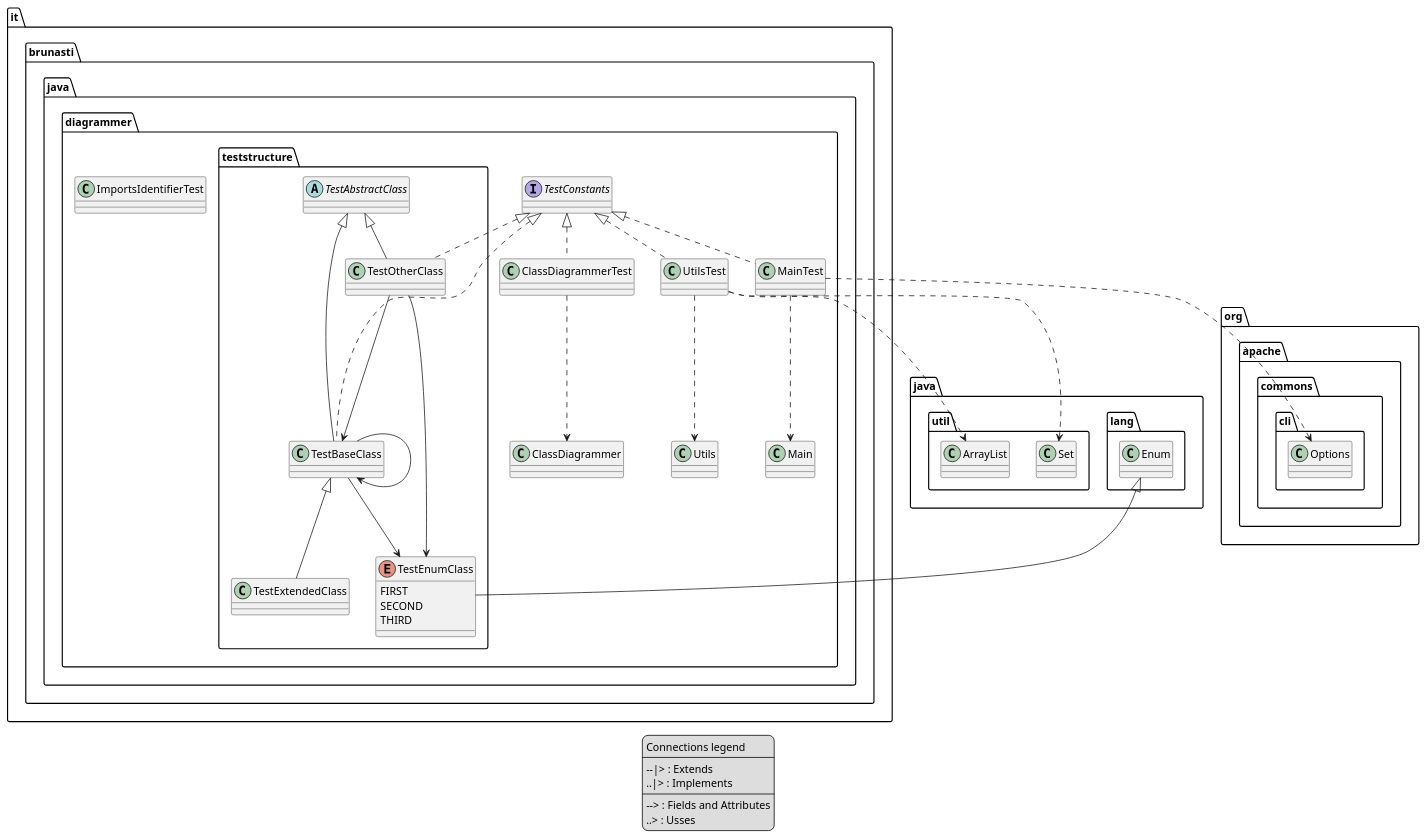
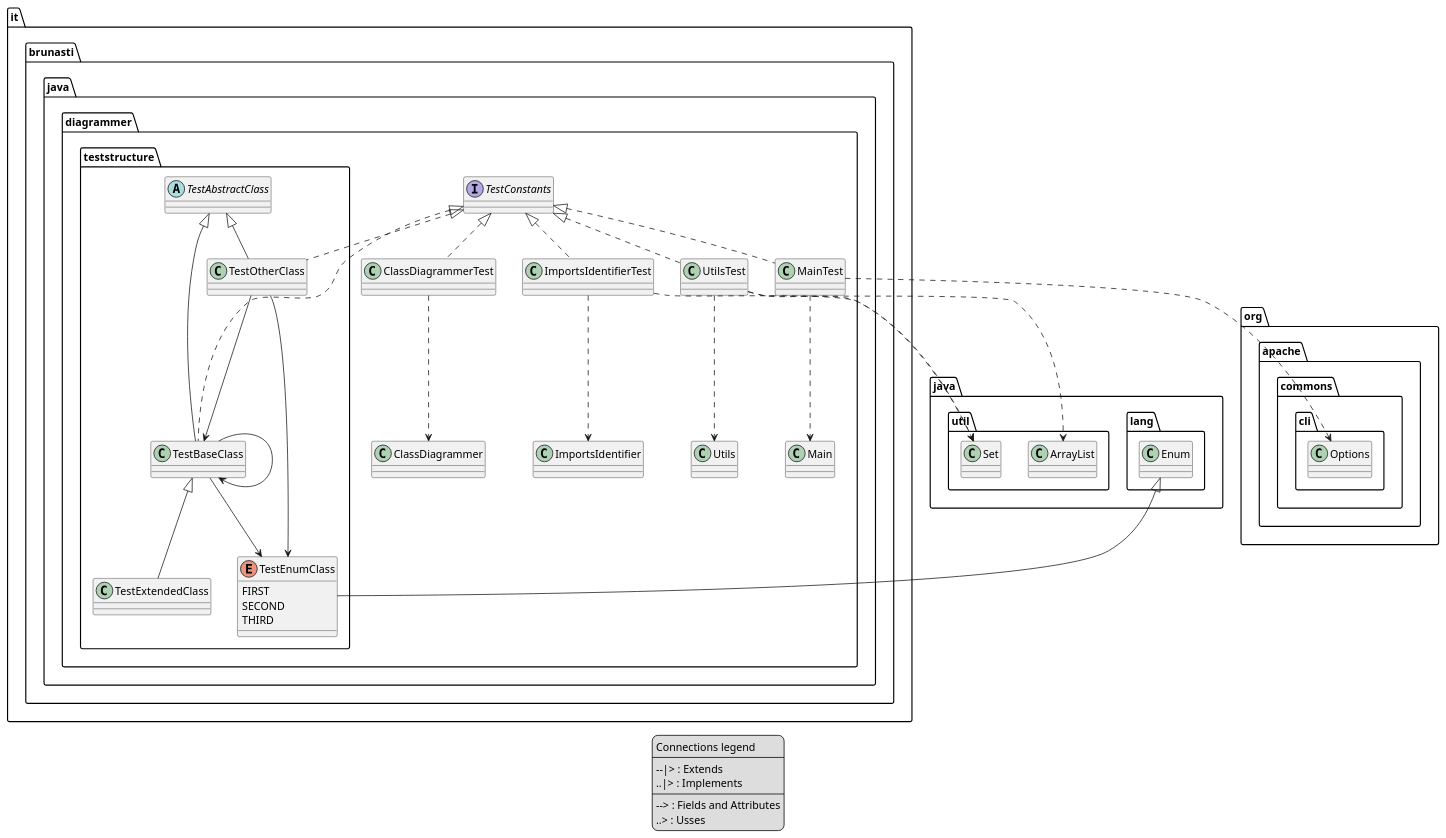
One commit to brunasti/java-diagrammer changed the diagram in temp/output-test.puml. Above: the diagram before and after it, drawn with PlantUML. The commit also changed 3 other files, not shown here.

Commit message:
Adds tests for ImportsIdentifier

```diff
--- a/temp/output-test.puml
+++ b/temp/output-test.puml
@@ -1,65 +1,71 @@
 @startuml
 'https://plantuml.com/class-diagram
 
 ' GENERATE CLASS DIAGRAM ===========
 ' Generator       : it.brunasti.java.diagrammer.ClassDiagrammer
 ' Path            : [./target/test-classes]
 ' Configuration   : []
-' Generated at    : Thu Mar 28 13:00:39 CET 2024
+' Generated at    : Thu Mar 28 13:42:48 CET 2024
 legend
 Connections legend
 ----
 --|> : Extends
 ..|> : Implements
 ----
 --> : Fields and Attributes
 ..> : Usses
 end legend
 
 
 
 ' CLASSES =======
 class it.brunasti.java.diagrammer.ClassDiagrammerTest
 class it.brunasti.java.diagrammer.UtilsTest
 interface it.brunasti.java.diagrammer.TestConstants
 class it.brunasti.java.diagrammer.ImportsIdentifierTest
 abstract it.brunasti.java.diagrammer.teststructure.TestAbstractClass
 class it.brunasti.java.diagrammer.teststructure.TestBaseClass
 enum it.brunasti.java.diagrammer.teststructure.TestEnumClass{
   FIRST
   SECOND
   THIRD
 }
 class it.brunasti.java.diagrammer.teststructure.TestExtendedClass
 class it.brunasti.java.diagrammer.teststructure.TestOtherClass
 class it.brunasti.java.diagrammer.MainTest
 
 ' INHERITANCES =======
 it.brunasti.java.diagrammer.teststructure.TestAbstractClass <|-- it.brunasti.java.diagrammer.teststructure.TestBaseClass
 java.lang.Enum <|-- it.brunasti.java.diagrammer.teststructure.TestEnumClass
 it.brunasti.java.diagrammer.teststructure.TestBaseClass <|-- it.brunasti.java.diagrammer.teststructure.TestExtendedClass
 it.brunasti.java.diagrammer.teststructure.TestAbstractClass <|-- it.brunasti.java.diagrammer.teststructure.TestOtherClass
 
 ' IMPLEMENT INTERFACE =======
 it.brunasti.java.diagrammer.TestConstants <|.. it.brunasti.java.diagrammer.ClassDiagrammerTest
 it.brunasti.java.diagrammer.TestConstants <|.. it.brunasti.java.diagrammer.UtilsTest
+it.brunasti.java.diagrammer.TestConstants <|.. it.brunasti.java.diagrammer.ImportsIdentifierTest
 it.brunasti.java.diagrammer.TestConstants <|.. it.brunasti.java.diagrammer.teststructure.TestBaseClass
 it.brunasti.java.diagrammer.TestConstants <|.. it.brunasti.java.diagrammer.teststructure.TestOtherClass
 it.brunasti.java.diagrammer.TestConstants <|.. it.brunasti.java.diagrammer.MainTest
 
 ' FIELDS =======
 it.brunasti.java.diagrammer.teststructure.TestBaseClass --> it.brunasti.java.diagrammer.teststructure.TestBaseClass
 it.brunasti.java.diagrammer.teststructure.TestBaseClass --> it.brunasti.java.diagrammer.teststructure.TestEnumClass
 it.brunasti.java.diagrammer.teststructure.TestOtherClass --> it.brunasti.java.diagrammer.teststructure.TestBaseClass
 it.brunasti.java.diagrammer.teststructure.TestOtherClass --> it.brunasti.java.diagrammer.teststructure.TestEnumClass
 
 ' USES =======
 it.brunasti.java.diagrammer.ClassDiagrammerTest ..> it.brunasti.java.diagrammer.ClassDiagrammer
 it.brunasti.java.diagrammer.UtilsTest ..> it.brunasti.java.diagrammer.Utils
 it.brunasti.java.diagrammer.UtilsTest ..> java.util.Set
 it.brunasti.java.diagrammer.UtilsTest ..> java.util.ArrayList
+it.brunasti.java.diagrammer.ImportsIdentifierTest ..> java.util.Set
+it.brunasti.java.diagrammer.ImportsIdentifierTest ..> it.brunasti.java.diagrammer.ImportsIdentifier
 it.brunasti.java.diagrammer.MainTest ..> it.brunasti.java.diagrammer.Main
 it.brunasti.java.diagrammer.MainTest ..> org.apache.commons.cli.Options
 
+' IMPORTS =======
+' Java Files Path : 
+
 
 @enduml
```
